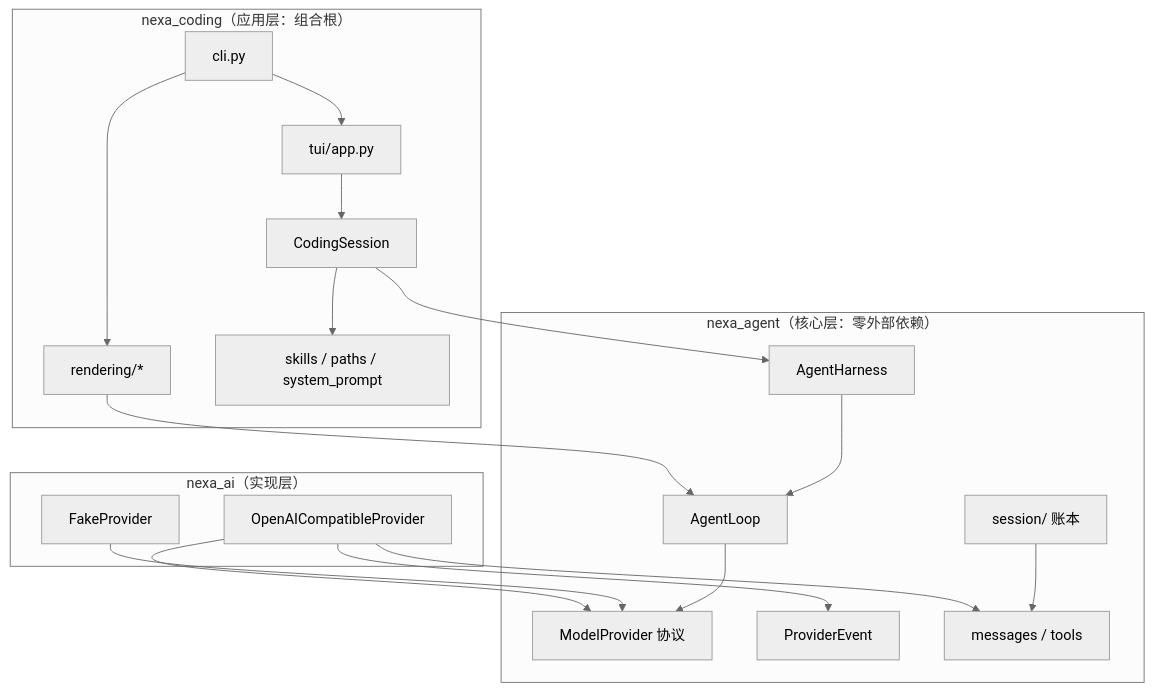
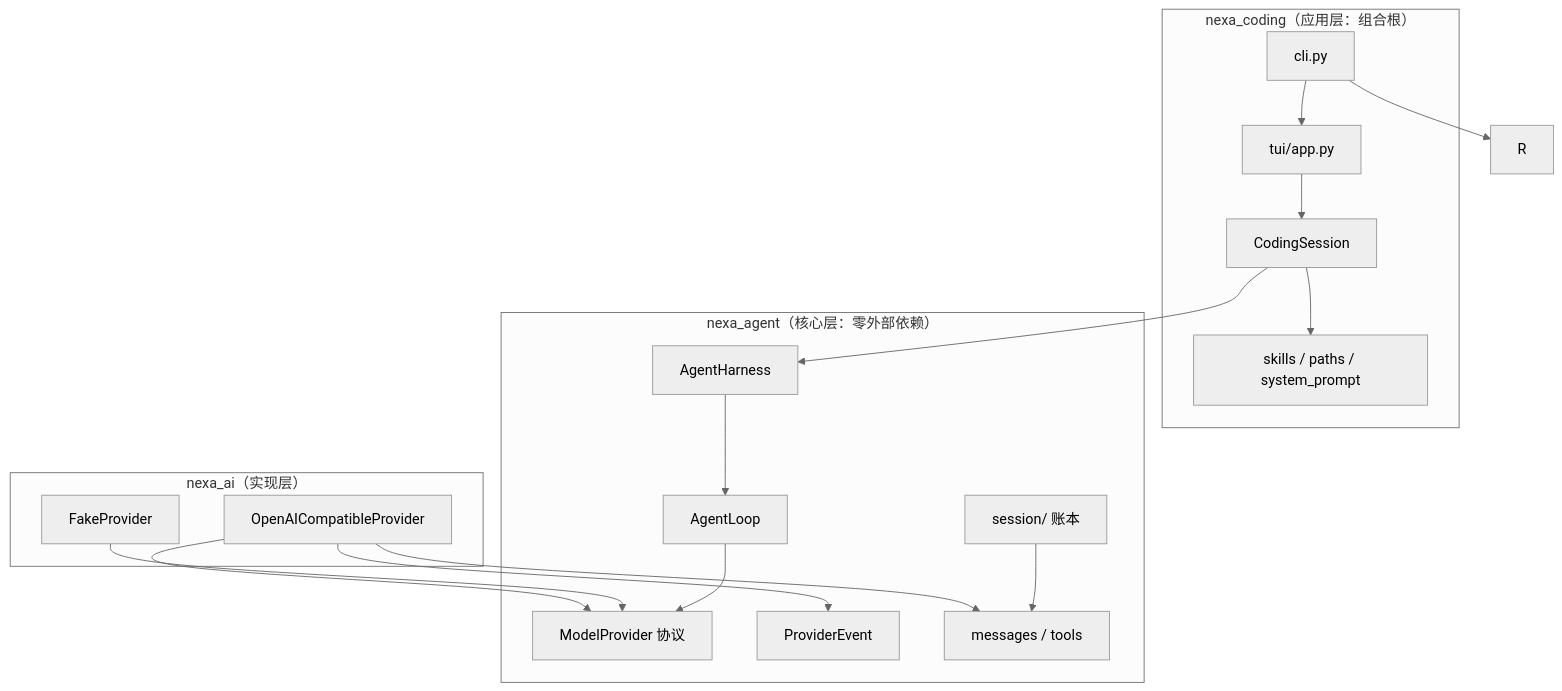
The second of 6 diagrams in dev-notes/architecture-walkthrough.md (s0meb0dy3/nexa), drawn with Mermaid (neutral theme) before and after one commit. The commit also changed other lines of this file and 17 other files, not shown here.

````diff
--- a/dev-notes/architecture-walkthrough.md
+++ b/dev-notes/architecture-walkthrough.md
@@ -63,35 +63,33 @@
 ```mermaid
 flowchart TD
     subgraph app["nexa_coding（应用层：组合根）"]
         CLI["cli.py"]
         CS["CodingSession"]
-        R["rendering/*"]
         TUI["tui/app.py"]
         SK["skills / paths / system_prompt"]
     end
     subgraph impl["nexa_ai（实现层）"]
         OC["OpenAICompatibleProvider"]
         FK["FakeProvider"]
     end
     subgraph core["nexa_agent（核心层：零外部依赖）"]
         LP["AgentLoop"]
         H["AgentHarness"]
         P["ModelProvider 协议"]
         PE["ProviderEvent"]
         MSG["messages / tools"]
         SES["session/ 账本"]
     end
     CLI --> TUI
     CLI --> R
     CS --> SK
     CS --> H
     TUI --> CS
-    R --> LP
     OC --> P
     OC --> PE
     FK --> P
     OC --> MSG
     LP --> P
     H --> LP
     SES --> MSG
 ```
````
